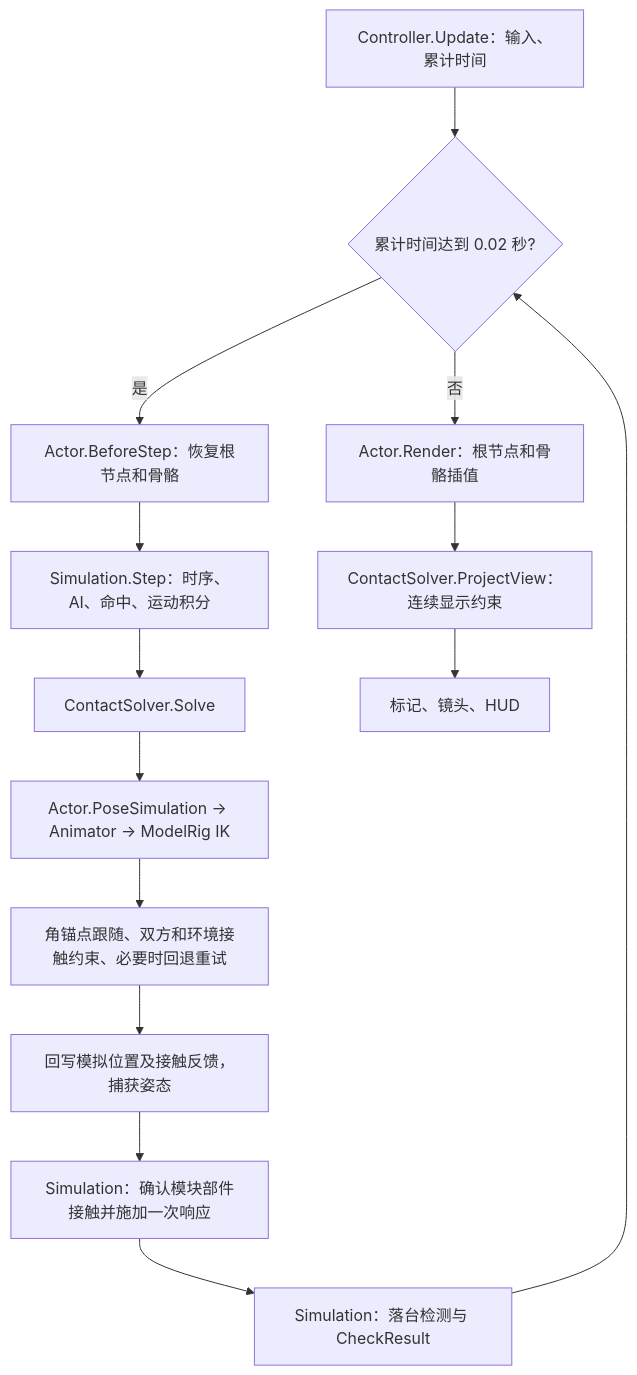
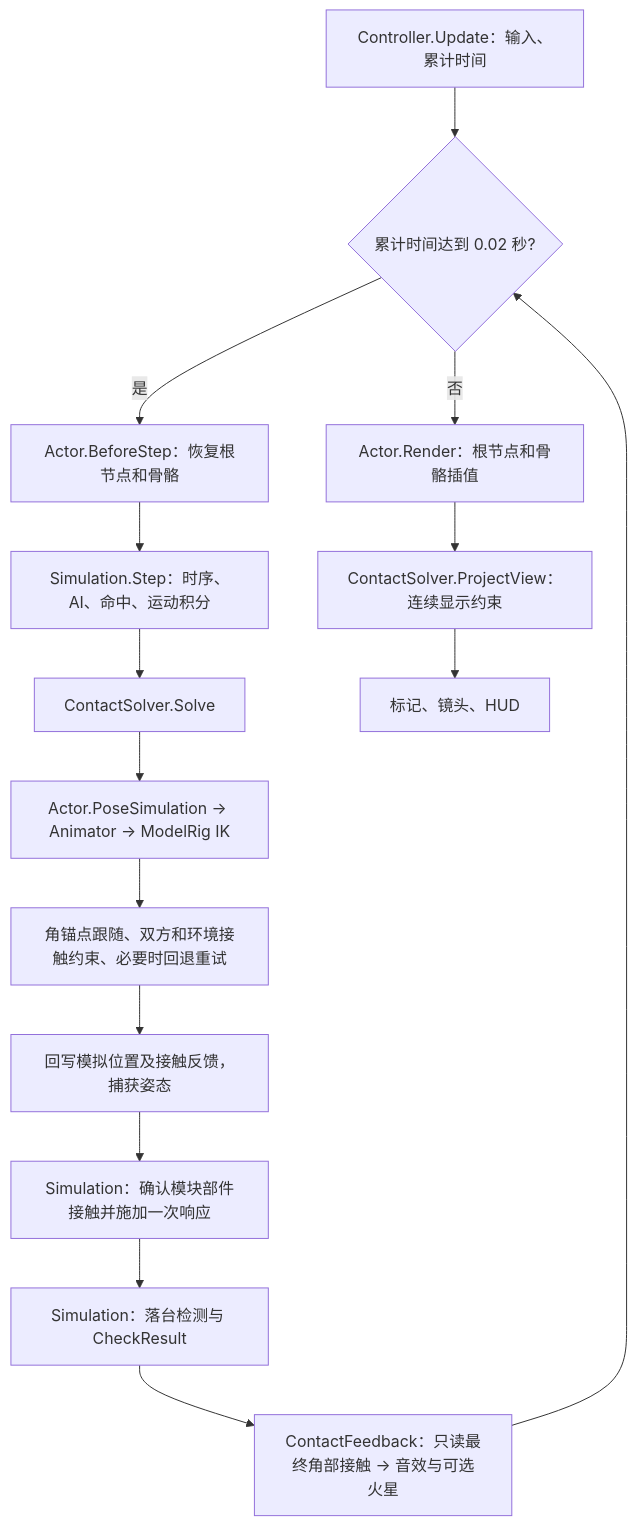
The diagram in Intro.md (HollowKt5/BugDuel), drawn with Mermaid before and after one commit. The commit also changed other lines of this file and 147 other files, not shown here.

````diff
--- a/Intro.md
+++ b/Intro.md
@@ -127,16 +135,17 @@
 ```mermaid
 flowchart TD
     A[Controller.Update：输入、累计时间] --> B{累计时间达到 0.02 秒?}
     B -->|是| C[Actor.BeforeStep：恢复根节点和骨骼]
     C --> D[Simulation.Step：时序、AI、命中、运动积分]
     D --> E[ContactSolver.Solve]
     E --> F[Actor.PoseSimulation → Animator → ModelRig IK]
     F --> G[角锚点跟随、双方和环境接触约束、必要时回退重试]
     G --> H[回写模拟位置及接触反馈，捕获姿态]
     H --> M[Simulation：确认模块部件接触并施加一次响应]
     M --> I[Simulation：落台检测与 CheckResult]
-    I --> B
+    I --> N[ContactFeedback：只读最终角部接触 → 音效与可选火星]
+    N --> B
     B -->|否| J[Actor.Render：根节点和骨骼插值]
     J --> K[ContactSolver.ProjectView：连续显示约束]
     K --> L[标记、镜头、HUD]
 ```
````
